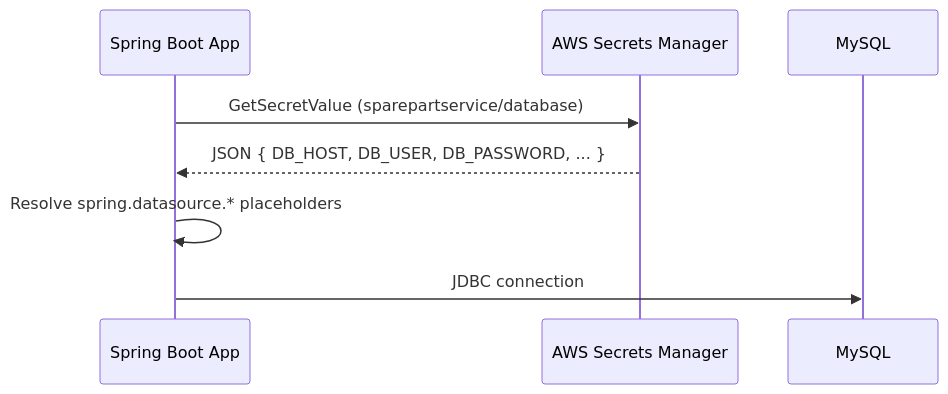
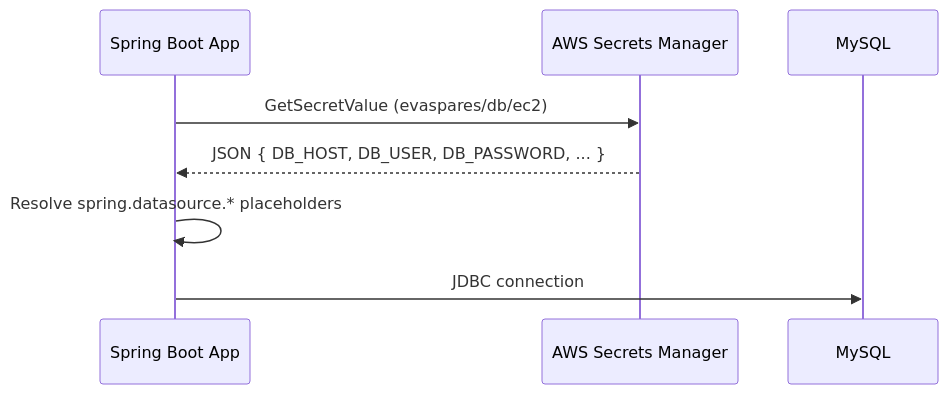
One commit to codesnippetsforall/Java-Spring-Boot-application-with-AWS-Secrets-Manager changed the second of 2 diagrams in README.md. Above: the diagram before and after it, drawn with Mermaid. The commit also changed other lines of this file and 13 other files, not shown here.

````diff
--- a/README.md
+++ b/README.md
@@ -72,11 +182,11 @@
 ```mermaid
 sequenceDiagram
     participant App as Spring Boot App
     participant SM as AWS Secrets Manager
     participant DB as MySQL
 
-    App->>SM: GetSecretValue (sparepartservice/database)
+    App->>SM: GetSecretValue (evaspares/db/ec2)
     SM-->>App: JSON { DB_HOST, DB_USER, DB_PASSWORD, ... }
     App->>App: Resolve spring.datasource.* placeholders
     App->>DB: JDBC connection
 ```
````
